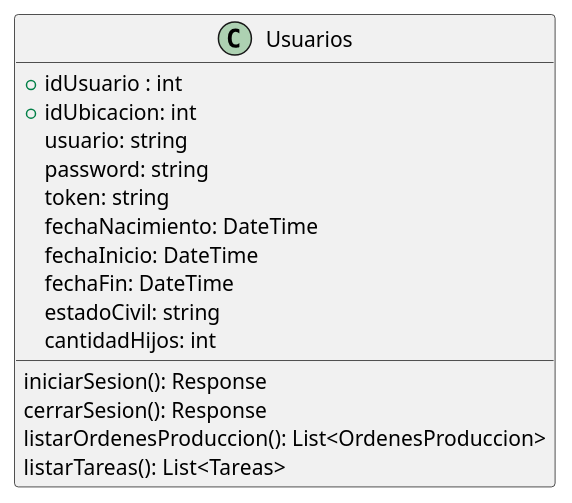
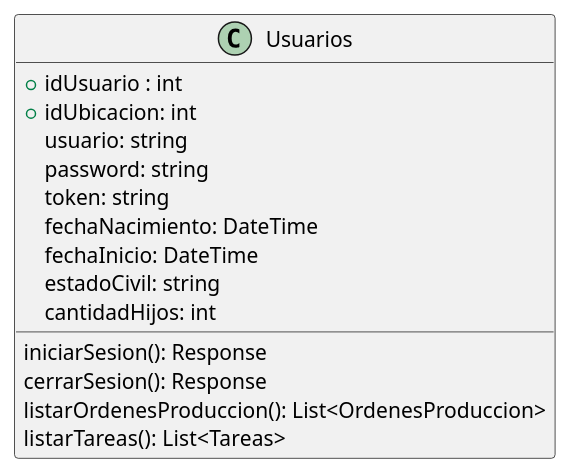
Before and after one commit to ZMGestion/DocumentacionZMGestion: the diagram in DiagramaClases/Clases/Usuarios.puml, drawn with PlantUML. The commit also changed 21 other files, not shown here.

Commit message:
Cambios en atributos y metodos diagrama de clases

```diff
--- a/DiagramaClases/Clases/Usuarios.puml
+++ b/DiagramaClases/Clases/Usuarios.puml
@@ -1,19 +1,18 @@
 @startuml Usuarios
 class Usuarios {
    +idUsuario : int
    +idUbicacion: int
    usuario: string
    password: string
    token: string
    fechaNacimiento: DateTime
    fechaInicio: DateTime
-   fechaFin: DateTime
    estadoCivil: string
    cantidadHijos: int
 
    iniciarSesion(): Response
    cerrarSesion(): Response
    listarOrdenesProduccion(): List<OrdenesProduccion>
    listarTareas(): List<Tareas>
 }
 @enduml
```
